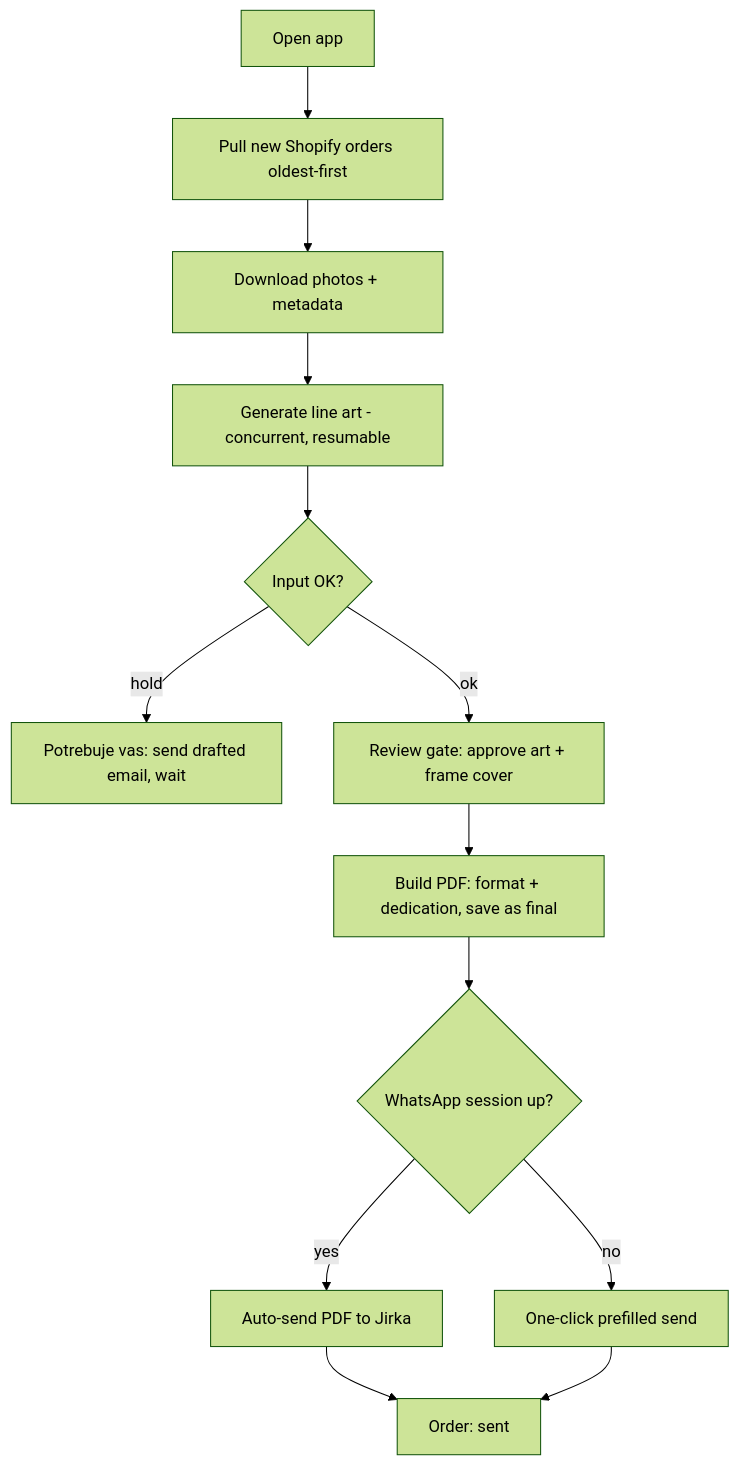
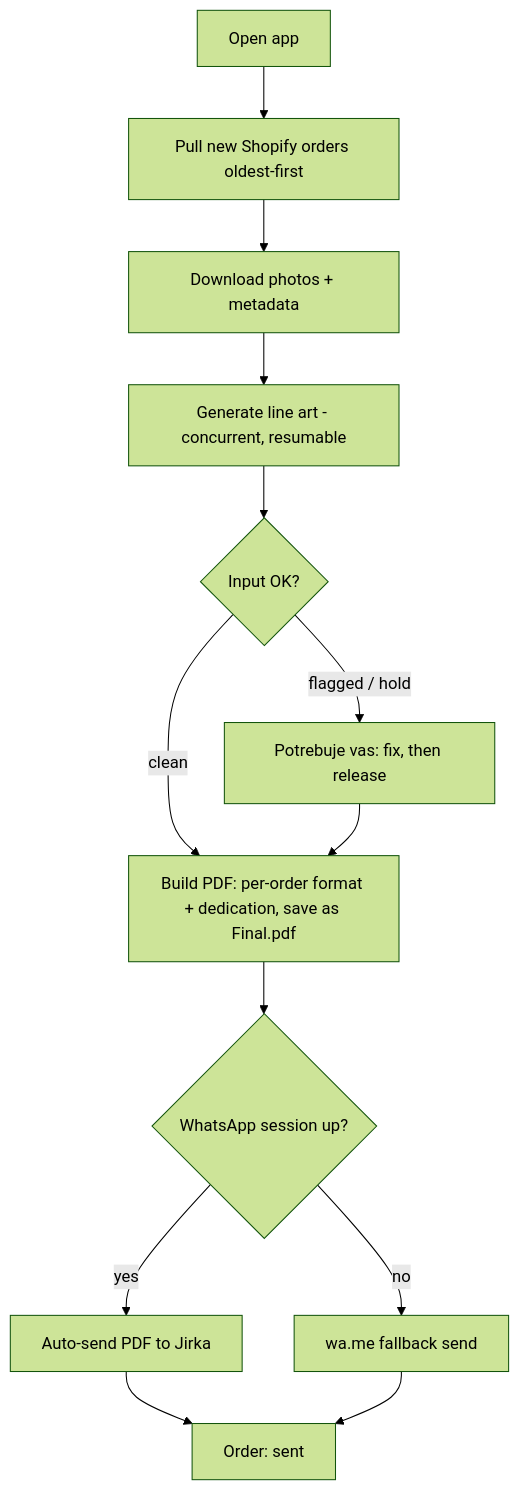
Before and after one commit to valeriuspotatus/fotomalovanky-studio: the first of 2 diagrams in docs/plans/2026-07-11-002-feat-unified-studio-dashboard-plan.md, drawn with Mermaid (forest theme). The commit also changed other lines of this file, not shown here.

````diff
--- a/docs/plans/2026-07-11-002-feat-unified-studio-dashboard-plan.md
+++ b/docs/plans/2026-07-11-002-feat-unified-studio-dashboard-plan.md
@@ -75,15 +76,15 @@
 ```mermaid
 flowchart TB
   A[Open app] --> B[Pull new Shopify orders oldest-first]
   B --> C[Download photos + metadata]
   C --> D[Generate line art - concurrent, resumable]
   D --> E{Input OK?}
-  E -->|hold| F[Potrebuje vas: send drafted email, wait]
-  E -->|ok| G[Review gate: approve art + frame cover]
-  G --> H[Build PDF: format + dedication, save as final]
+  E -->|flagged / hold| F[Potrebuje vas: fix, then release]
+  E -->|clean| H[Build PDF: per-order format + dedication, save as Final.pdf]
+  F --> H
   H --> I{WhatsApp session up?}
   I -->|yes| J[Auto-send PDF to Jirka]
-  I -->|no| K[One-click prefilled send]
+  I -->|no| K[wa.me fallback send]
   J --> L[Order: sent]
   K --> L
 ```
````
